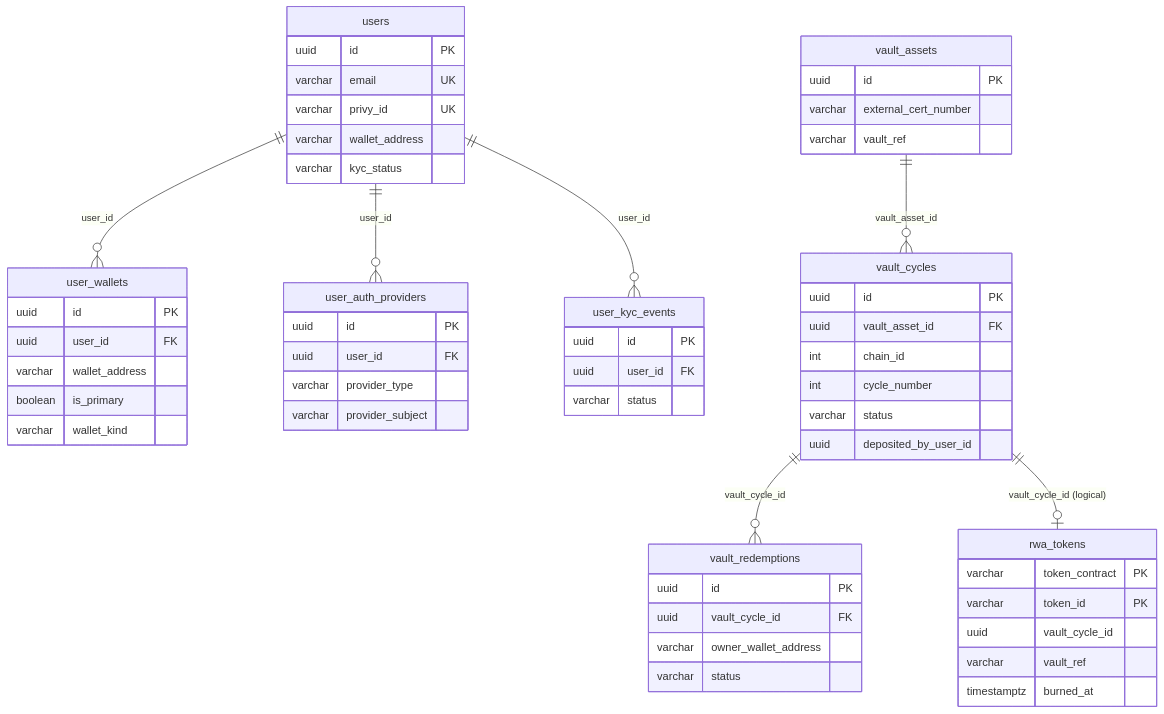
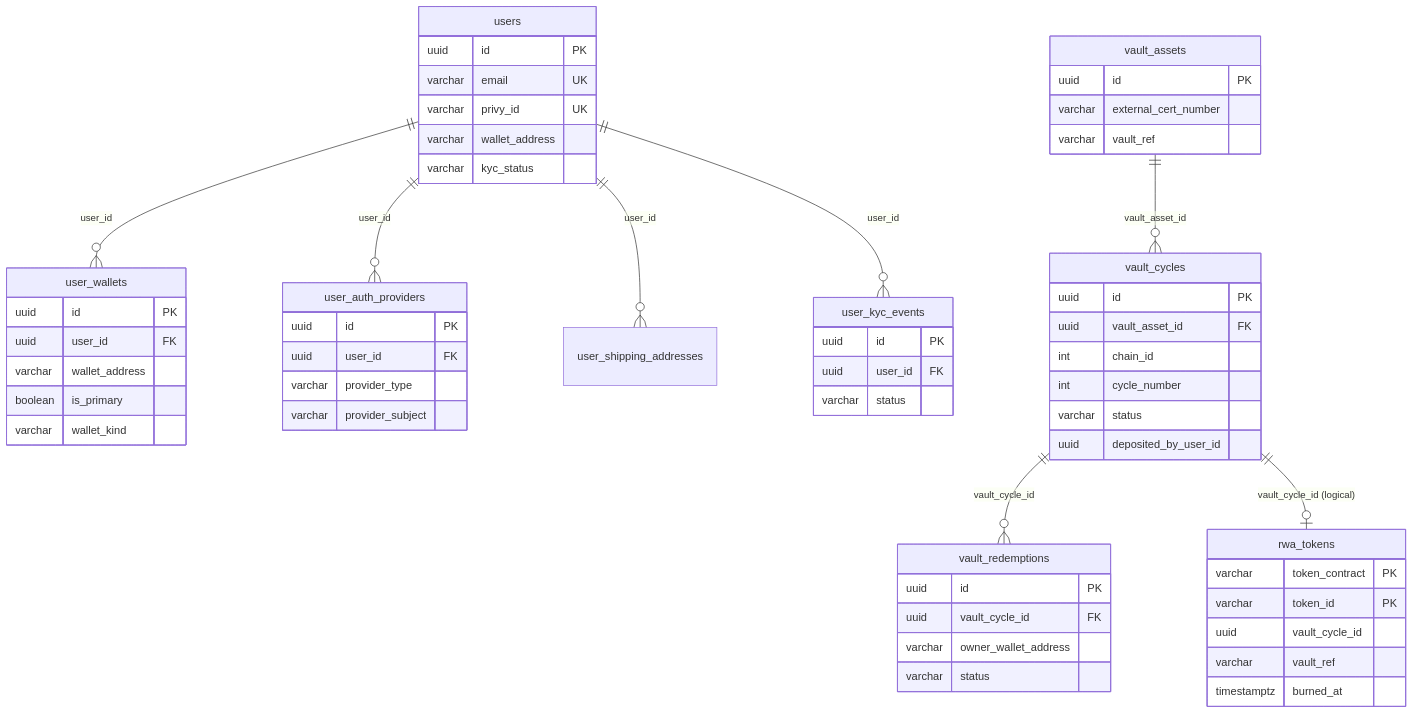
Before and after one commit to tokenable-dev/tokenable-dev: the first of 2 diagrams in docs/architecture/database.md, drawn with Mermaid. The commit also changed other lines of this file and 118 other files, not shown here.

````diff
--- a/docs/architecture/database.md
+++ b/docs/architecture/database.md
@@ -86,61 +88,62 @@
 ```mermaid
 erDiagram
     users {
         uuid id PK
         varchar email UK
         varchar privy_id UK
         varchar wallet_address
         varchar kyc_status
     }
     user_wallets {
         uuid id PK
         uuid user_id FK
         varchar wallet_address
         boolean is_primary
         varchar wallet_kind
     }
     user_auth_providers {
         uuid id PK
         uuid user_id FK
         varchar provider_type
         varchar provider_subject
     }
     user_kyc_events {
         uuid id PK
         uuid user_id FK
         varchar status
     }
     vault_assets {
         uuid id PK
         varchar external_cert_number
         varchar vault_ref
     }
     vault_cycles {
         uuid id PK
         uuid vault_asset_id FK
         int chain_id
         int cycle_number
         varchar status
         uuid deposited_by_user_id
     }
     vault_redemptions {
         uuid id PK
         uuid vault_cycle_id FK
         varchar owner_wallet_address
         varchar status
     }
     rwa_tokens {
         varchar token_contract PK
         varchar token_id PK
         uuid vault_cycle_id
         varchar vault_ref
         timestamptz burned_at
     }
 
     users ||--o{ user_wallets : "user_id"
     users ||--o{ user_auth_providers : "user_id"
+    users ||--o{ user_shipping_addresses : "user_id"
     users ||--o{ user_kyc_events : "user_id"
     vault_assets ||--o{ vault_cycles : "vault_asset_id"
     vault_cycles ||--o{ vault_redemptions : "vault_cycle_id"
     vault_cycles ||--o| rwa_tokens : "vault_cycle_id (logical)"
 ```
````
